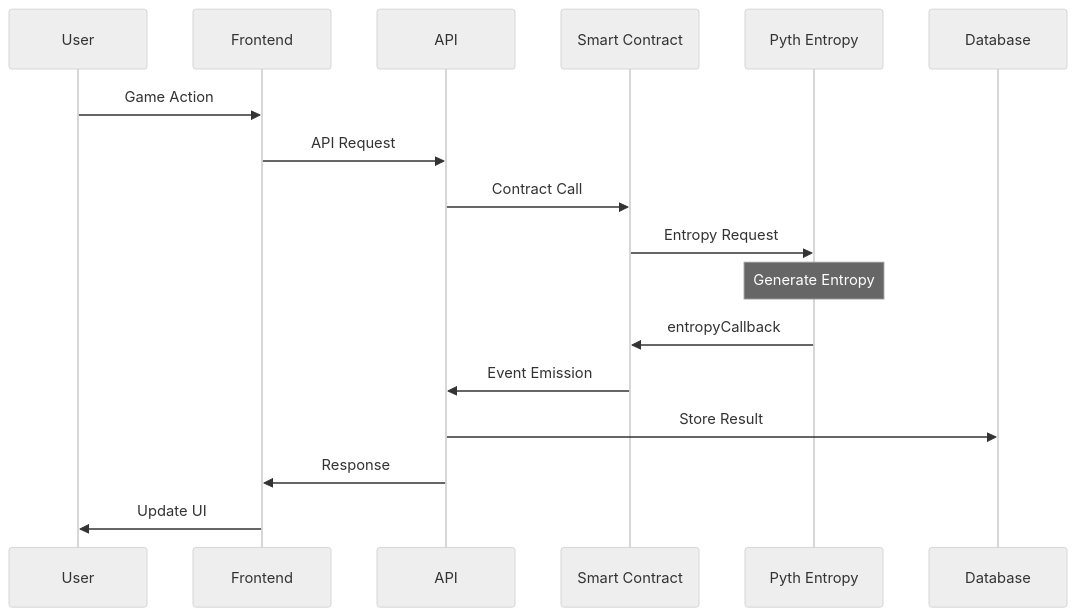
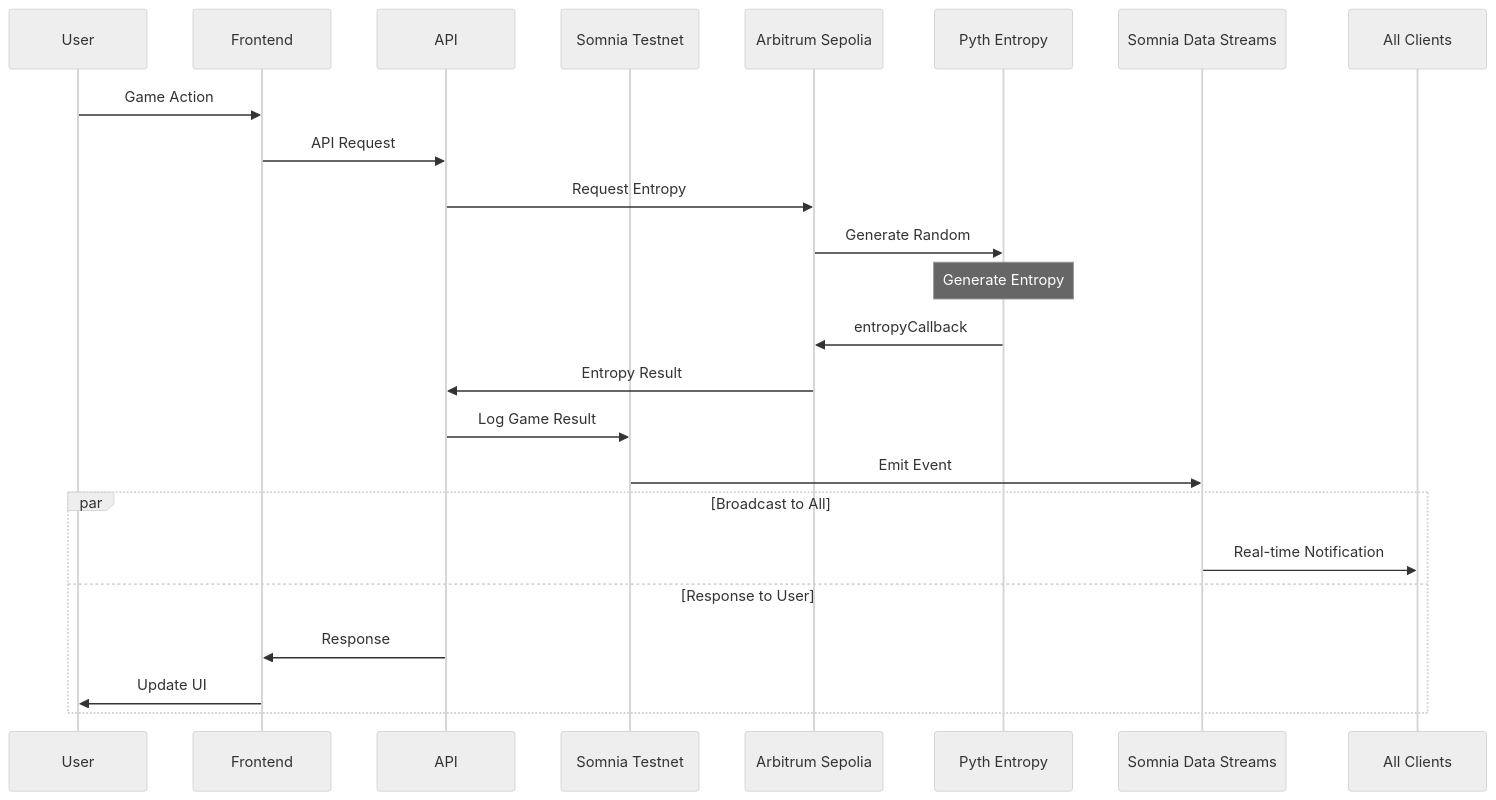
One commit to AmaanSayyad/APT-Casino-Somnia changed diagram 16 of 24 in MERMAID_DIAGRAMS.md. Above: the diagram before and after it, drawn with Mermaid (neutral theme). The commit also changed other lines of this file and 6 other files, not shown here.

Commit message:
diagrams and wd

````diff
--- a/MERMAID_DIAGRAMS.md
+++ b/MERMAID_DIAGRAMS.md
@@ -452,22 +568,30 @@
 ```mermaid
 sequenceDiagram
     participant U as User
     participant F as Frontend
     participant A as API
-    participant S as Smart Contract
+    participant ST as Somnia Testnet
+    participant AS as Arbitrum Sepolia
     participant PE as Pyth Entropy
-    participant D as Database
+    participant SDS as Somnia Data Streams
+    participant AC as All Clients
     
     U->>F: Game Action
     F->>A: API Request
-    A->>S: Contract Call
-    S->>PE: Entropy Request
+    A->>AS: Request Entropy
+    AS->>PE: Generate Random
     
     Note over PE: Generate Entropy
     
-    PE->>S: entropyCallback
-    S->>A: Event Emission
-    A->>D: Store Result
-    A->>F: Response
-    F->>U: Update UI
+    PE->>AS: entropyCallback
+    AS->>A: Entropy Result
+    A->>ST: Log Game Result
+    ST->>SDS: Emit Event
+    
+    par Broadcast to All
+        SDS->>AC: Real-time Notification
+    and Response to User
+        A->>F: Response
+        F->>U: Update UI
+    end
 ```
````
